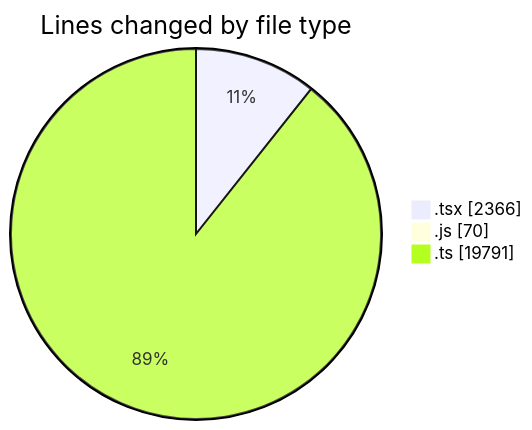
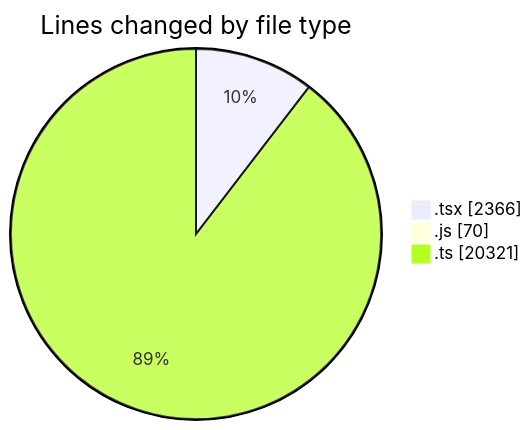
One commit to momahboobian/code-tracking changed the first of 2 diagrams in 2026-09-25/cda/README.md. Above: the diagram before and after it, drawn with Mermaid. The commit also changed other lines of this file and 1 other file, not shown here.

````diff
--- a/2026-09-25/cda/README.md
+++ b/2026-09-25/cda/README.md
@@ -42,7 +43,7 @@
 ```mermaid
 pie showData
 title Lines changed by file type
 ".tsx" : 2366
 ".js" : 70
-".ts" : 19791
+".ts" : 20321
 ```
````
